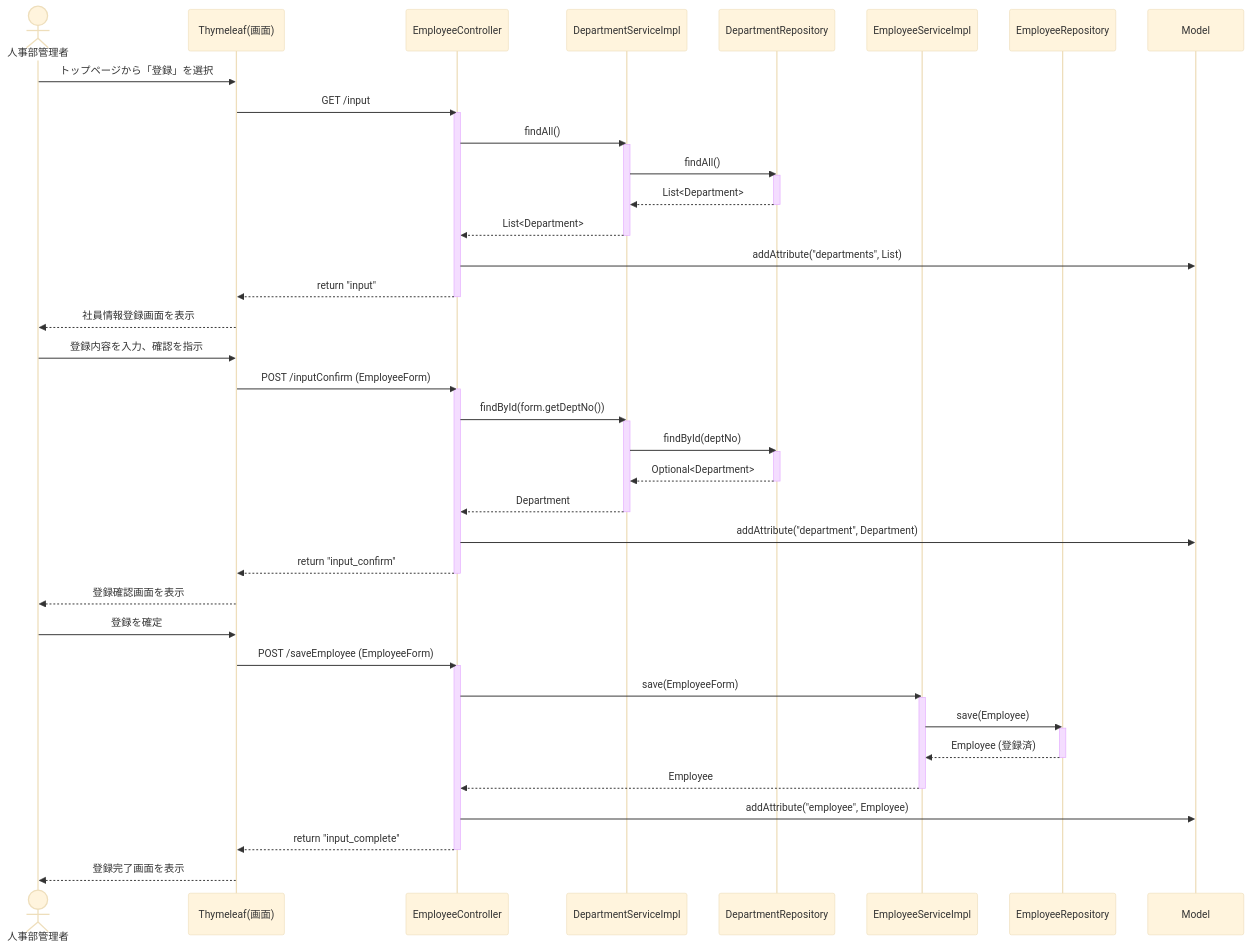
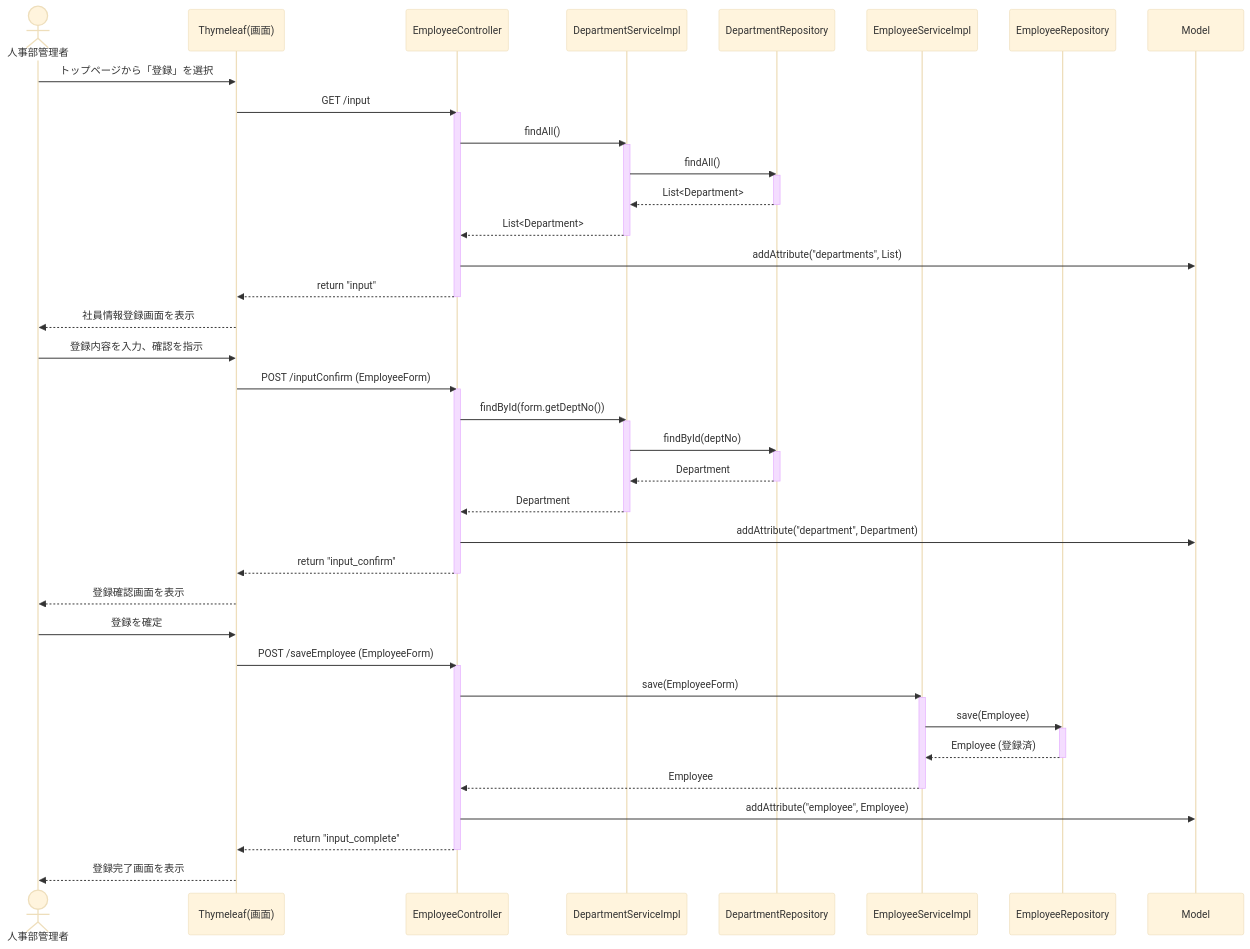
Diagram 27 of 29 in EIMS_Comprehensive_Exercise_Guide.md (juyeongjung1/NewEIMS), drawn with Mermaid (base theme) before and after one commit. The commit also changed other lines of this file and 5 other files, not shown here.

````diff
--- a/EIMS_Comprehensive_Exercise_Guide.md
+++ b/EIMS_Comprehensive_Exercise_Guide.md
@@ -2091,63 +2090,63 @@
 ```mermaid
 sequenceDiagram
     actor Admin as 人事部管理者
     participant View as Thymeleaf(画面)
     participant Ctrl as EmployeeController
     participant DSvc as DepartmentServiceImpl
     participant DRep as DepartmentRepository
     participant Svc as EmployeeServiceImpl
     participant Rep as EmployeeRepository
     participant Model as Model
 
     Admin ->> View: トップページから「登録」を選択
     View ->> Ctrl: GET /input
     activate Ctrl
     Ctrl ->> DSvc: findAll()
     activate DSvc
     DSvc ->> DRep: findAll()
     activate DRep
     DRep -->> DSvc: List<Department>
     deactivate DRep
     DSvc -->> Ctrl: List<Department>
     deactivate DSvc
     Ctrl ->> Model: addAttribute("departments", List)
     Ctrl -->> View: return "input"
     deactivate Ctrl
     View -->> Admin: 社員情報登録画面を表示
 
     Admin ->> View: 登録内容を入力、確認を指示
     View ->> Ctrl: POST /inputConfirm (EmployeeForm)
     activate Ctrl
   
     Ctrl ->> DSvc: findById(form.getDeptNo())
     activate DSvc
     DSvc ->> DRep: findById(deptNo)
     activate DRep
-    DRep -->> DSvc: Optional<Department>
+    DRep -->> DSvc: Department
     deactivate DRep
     DSvc -->> Ctrl: Department
     deactivate DSvc
   
     Ctrl ->> Model: addAttribute("department", Department)
     Ctrl -->> View: return "input_confirm"
     deactivate Ctrl
     View -->> Admin: 登録確認画面を表示
   
     Admin ->> View: 登録を確定
     View ->> Ctrl: POST /saveEmployee (EmployeeForm)
     activate Ctrl
   
     Ctrl ->> Svc: save(EmployeeForm)
     activate Svc
     Svc ->> Rep: save(Employee)
     activate Rep
     Rep -->> Svc: Employee (登録済)
     deactivate Rep
     Svc -->> Ctrl: Employee
     deactivate Svc
     Ctrl ->> Model: addAttribute("employee", Employee)
   
     Ctrl -->> View: return "input_complete"
     deactivate Ctrl
     View -->> Admin: 登録完了画面を表示
 ```
````
